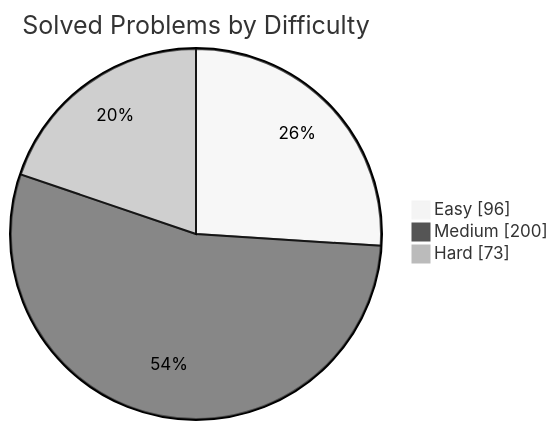
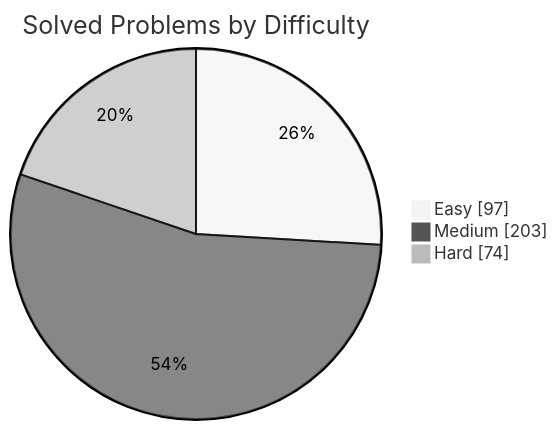
Before and after one commit to manikantbindass/DSA-Preparation-FAANG: the first of 2 diagrams in README.md, drawn with Mermaid (neutral theme). The commit also changed other lines of this file and 1 other file, not shown here.

````diff
--- a/README.md
+++ b/README.md
@@ -77,7 +77,7 @@
 ```mermaid
 pie showData
     title Solved Problems by Difficulty
-    "Easy" : 96
-    "Medium" : 200
-    "Hard" : 73
+    "Easy" : 97
+    "Medium" : 203
+    "Hard" : 74
 ```
````
